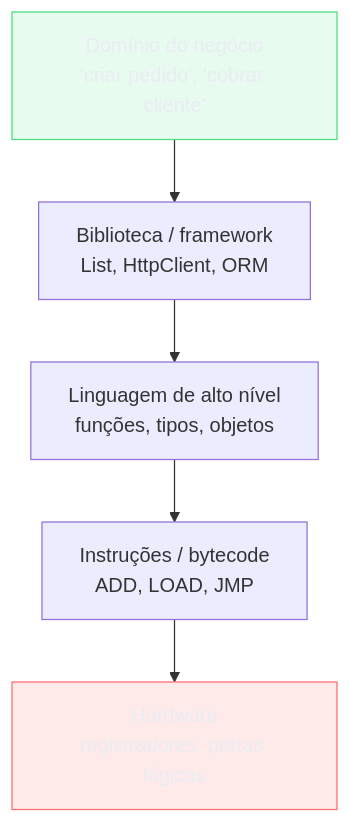
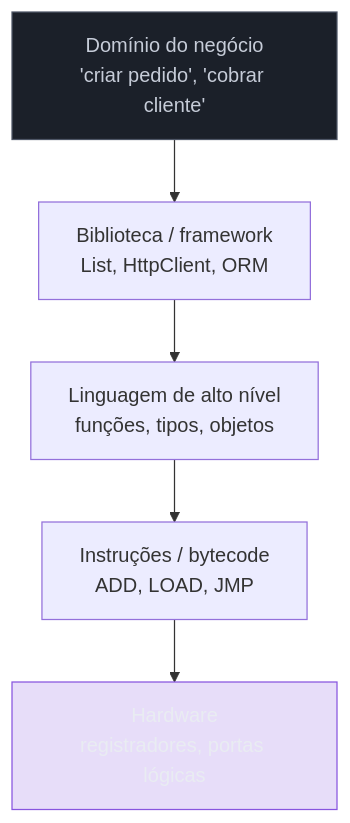
One commit to josenaldo/codex-technomanticus changed the second of 4 diagrams in 03-Dominios/Engenharia/Complexidade de Software/05 - Abstração - a ferramenta central.md. Above: the diagram before and after it, drawn with Mermaid. The commit also changed other lines of this file and 601 other files, not shown here.

````diff
--- a/03-Dominios/Engenharia/Complexidade de Software/05 - Abstração - a ferramenta central.md
+++ b/03-Dominios/Engenharia/Complexidade de Software/05 - Abstração - a ferramenta central.md
@@ -198,12 +198,12 @@
 ```mermaid
 flowchart TB
-    classDef ok fill:#4ADE8021,stroke:#4ADE80,color:#E9ECF2
-    classDef falha fill:#FF6B6B24,stroke:#FF6B6B,color:#E9ECF2
+    classDef marca fill:#8855DF33,stroke:#8855DF,color:#E9ECF2
+    classDef neutro fill:#1B2029,stroke:#4E5666,color:#C6CCD8
     D[Domínio do negócio\n'criar pedido', 'cobrar cliente'] --> L
     L[Biblioteca / framework\nList, HttpClient, ORM] --> P
     P[Linguagem de alto nível\nfunções, tipos, objetos] --> I
     I[Instruções / bytecode\nADD, LOAD, JMP] --> H
     H[Hardware\nregistradores, portas lógicas]
-    class D ok
-    class H falha
+    class D neutro
+    class H marca
 ```
````
